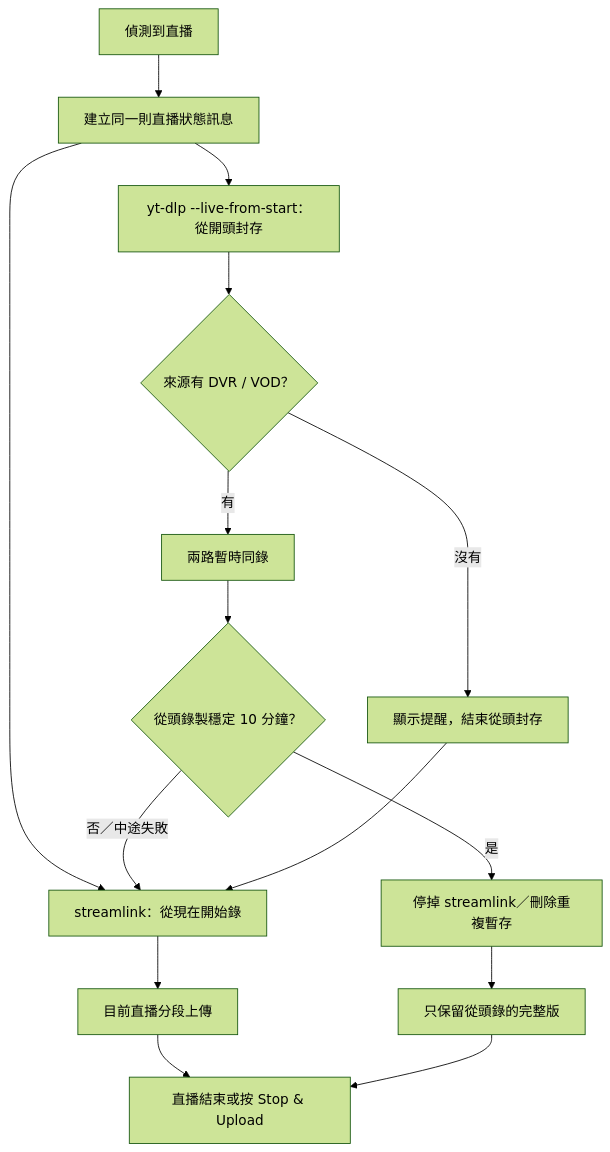
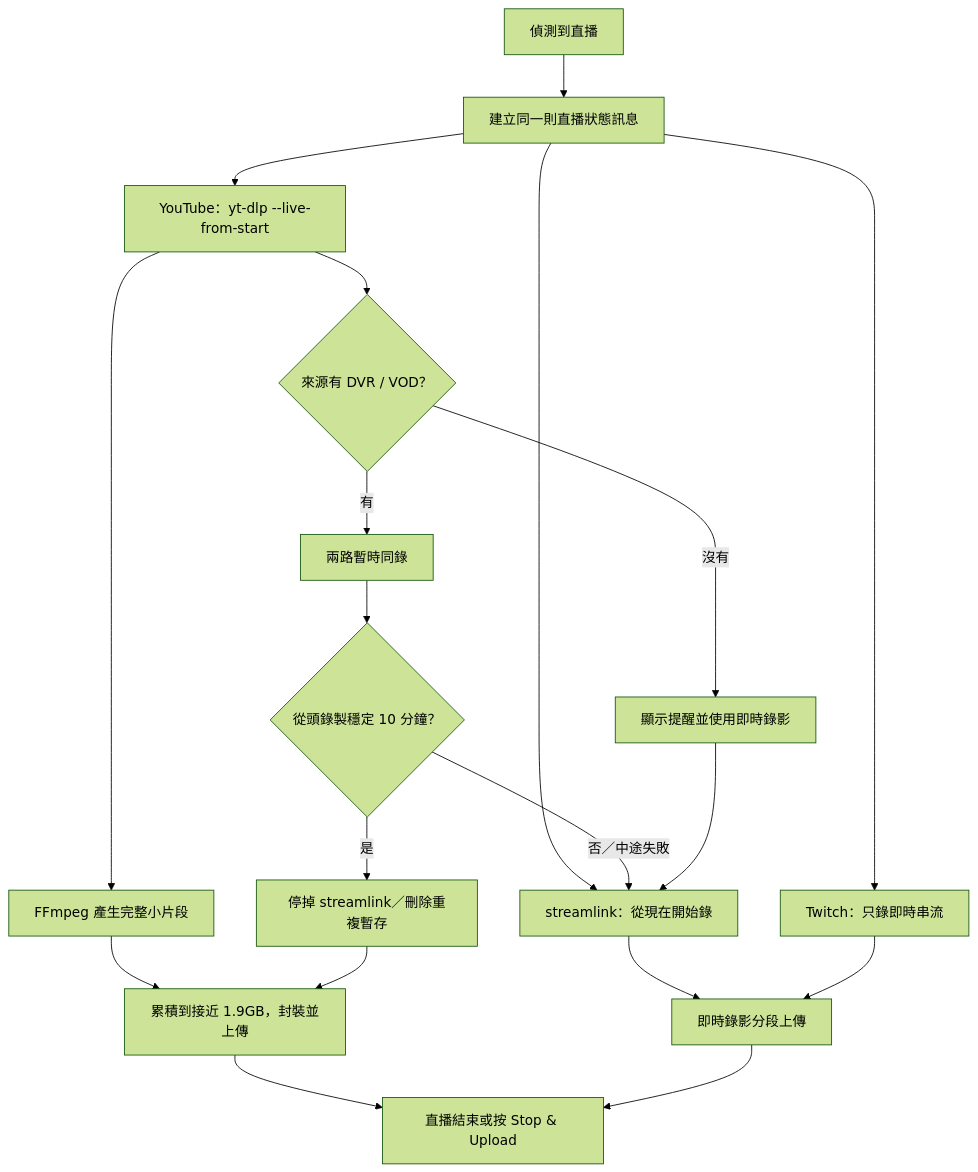
One commit to TreeHD/YTDL changed the second of 2 diagrams in README.md. Above: the diagram before and after it, drawn with Mermaid (forest theme). The commit also changed other lines of this file and 8 other files, not shown here.

````diff
--- a/README.md
+++ b/README.md
@@ -80,17 +80,21 @@
 ```mermaid
 flowchart TD
     L[偵測到直播] --> A[建立同一則直播狀態訊息]
     A --> N[streamlink：從現在開始錄]
-    A --> B[yt-dlp --live-from-start：從開頭封存]
+    A --> B[YouTube：yt-dlp --live-from-start]
+    A --> T[Twitch：只錄即時串流]
+    B --> S[FFmpeg 產生完整小片段]
+    S --> G[累積到接近 1.9GB，封裝並上傳]
     B --> C{來源有 DVR / VOD？}
     C -->|有| D[兩路暫時同錄]
     D --> J{從頭錄製穩定 10 分鐘？}
     J -->|是| K[停掉 streamlink／刪除重複暫存]
-    K --> G[只保留從頭錄的完整版]
+    K --> G
     J -->|否／中途失敗| N
-    C -->|沒有| E[顯示提醒，結束從頭封存]
+    C -->|沒有| E[顯示提醒並使用即時錄影]
     E --> N
-    N --> F[目前直播分段上傳]
-    F --> H[直播結束或按 Stop & Upload]
-    G --> H
+    N --> F[即時錄影分段上傳]
+    T --> F
+    G --> H[直播結束或按 Stop & Upload]
+    F --> H
 ```
````
